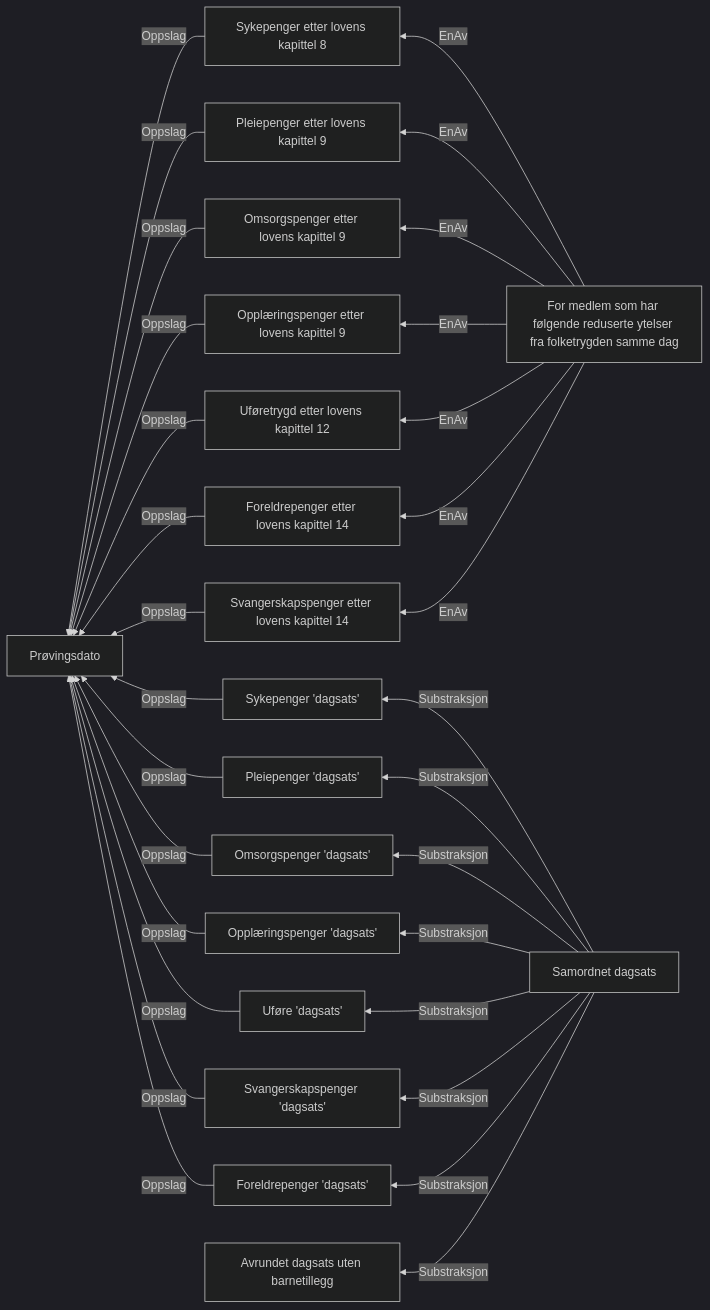
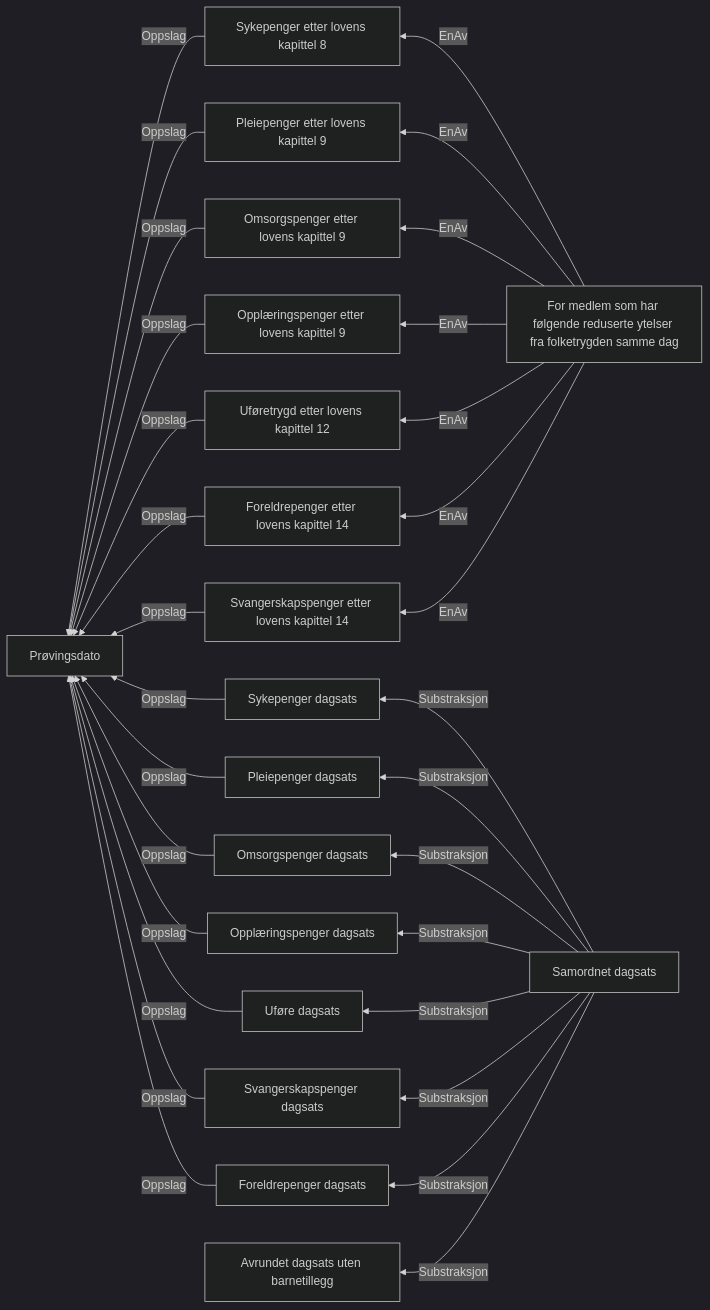
One commit to navikt/dp-vedtak changed the diagram in docs/regler/§ 4-25.Samordning med reduserte ytelser fra folketrygden, eller redusert avtalefestet pensjon.approved.md. Above: the diagram before and after it, drawn with Mermaid (dark theme). The commit also changed 2 other files, not shown here.

Commit message:
La til behovnavn for samordning.

````diff
--- a/docs/regler/§ 4-25.Samordning med reduserte ytelser fra folketrygden, eller redusert avtalefestet pensjon.approved.md
+++ b/docs/regler/§ 4-25.Samordning med reduserte ytelser fra folketrygden, eller redusert avtalefestet pensjon.approved.md
@@ -5,32 +5,32 @@
 ```mermaid
 graph RL
   A["Sykepenger etter lovens kapittel 8"] -->|"Oppslag"| B["Prøvingsdato"]
   C["Pleiepenger etter lovens kapittel 9"] -->|"Oppslag"| B["Prøvingsdato"]
   D["Omsorgspenger etter lovens kapittel 9"] -->|"Oppslag"| B["Prøvingsdato"]
   E["Opplæringspenger etter lovens kapittel 9"] -->|"Oppslag"| B["Prøvingsdato"]
   F["Uføretrygd etter lovens kapittel 12"] -->|"Oppslag"| B["Prøvingsdato"]
   G["Foreldrepenger etter lovens kapittel 14"] -->|"Oppslag"| B["Prøvingsdato"]
   H["Svangerskapspenger etter lovens kapittel 14"] -->|"Oppslag"| B["Prøvingsdato"]
-  I["Sykepenger 'dagsats'"] -->|"Oppslag"| B["Prøvingsdato"]
-  J["Pleiepenger 'dagsats'"] -->|"Oppslag"| B["Prøvingsdato"]
-  K["Omsorgspenger 'dagsats'"] -->|"Oppslag"| B["Prøvingsdato"]
-  L["Opplæringspenger 'dagsats'"] -->|"Oppslag"| B["Prøvingsdato"]
-  M["Uføre 'dagsats'"] -->|"Oppslag"| B["Prøvingsdato"]
-  N["Svangerskapspenger 'dagsats'"] -->|"Oppslag"| B["Prøvingsdato"]
-  O["Foreldrepenger 'dagsats'"] -->|"Oppslag"| B["Prøvingsdato"]
+  I["Sykepenger dagsats"] -->|"Oppslag"| B["Prøvingsdato"]
+  J["Pleiepenger dagsats"] -->|"Oppslag"| B["Prøvingsdato"]
+  K["Omsorgspenger dagsats"] -->|"Oppslag"| B["Prøvingsdato"]
+  L["Opplæringspenger dagsats"] -->|"Oppslag"| B["Prøvingsdato"]
+  M["Uføre dagsats"] -->|"Oppslag"| B["Prøvingsdato"]
+  N["Svangerskapspenger dagsats"] -->|"Oppslag"| B["Prøvingsdato"]
+  O["Foreldrepenger dagsats"] -->|"Oppslag"| B["Prøvingsdato"]
   P["Samordnet dagsats"] -->|"Substraksjon"| Q["Avrundet dagsats uten barnetillegg"]
-  P["Samordnet dagsats"] -->|"Substraksjon"| I["Sykepenger 'dagsats'"]
-  P["Samordnet dagsats"] -->|"Substraksjon"| J["Pleiepenger 'dagsats'"]
-  P["Samordnet dagsats"] -->|"Substraksjon"| K["Omsorgspenger 'dagsats'"]
-  P["Samordnet dagsats"] -->|"Substraksjon"| L["Opplæringspenger 'dagsats'"]
-  P["Samordnet dagsats"] -->|"Substraksjon"| M["Uføre 'dagsats'"]
-  P["Samordnet dagsats"] -->|"Substraksjon"| O["Foreldrepenger 'dagsats'"]
-  P["Samordnet dagsats"] -->|"Substraksjon"| N["Svangerskapspenger 'dagsats'"]
+  P["Samordnet dagsats"] -->|"Substraksjon"| I["Sykepenger dagsats"]
+  P["Samordnet dagsats"] -->|"Substraksjon"| J["Pleiepenger dagsats"]
+  P["Samordnet dagsats"] -->|"Substraksjon"| K["Omsorgspenger dagsats"]
+  P["Samordnet dagsats"] -->|"Substraksjon"| L["Opplæringspenger dagsats"]
+  P["Samordnet dagsats"] -->|"Substraksjon"| M["Uføre dagsats"]
+  P["Samordnet dagsats"] -->|"Substraksjon"| O["Foreldrepenger dagsats"]
+  P["Samordnet dagsats"] -->|"Substraksjon"| N["Svangerskapspenger dagsats"]
   R["For medlem som har følgende reduserte ytelser fra folketrygden samme dag"] -->|"EnAv"| A["Sykepenger etter lovens kapittel 8"]
   R["For medlem som har følgende reduserte ytelser fra folketrygden samme dag"] -->|"EnAv"| C["Pleiepenger etter lovens kapittel 9"]
   R["For medlem som har følgende reduserte ytelser fra folketrygden samme dag"] -->|"EnAv"| D["Omsorgspenger etter lovens kapittel 9"]
   R["For medlem som har følgende reduserte ytelser fra folketrygden samme dag"] -->|"EnAv"| E["Opplæringspenger etter lovens kapittel 9"]
   R["For medlem som har følgende reduserte ytelser fra folketrygden samme dag"] -->|"EnAv"| F["Uføretrygd etter lovens kapittel 12"]
   R["For medlem som har følgende reduserte ytelser fra folketrygden samme dag"] -->|"EnAv"| G["Foreldrepenger etter lovens kapittel 14"]
   R["For medlem som har følgende reduserte ytelser fra folketrygden samme dag"] -->|"EnAv"| H["Svangerskapspenger etter lovens kapittel 14"]
 ```
````
